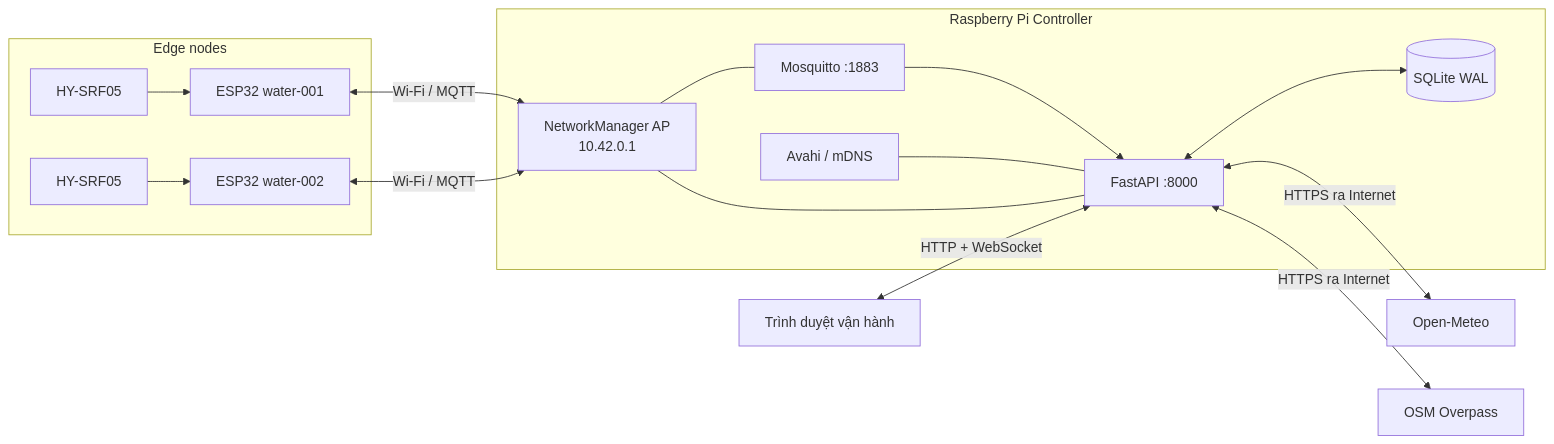
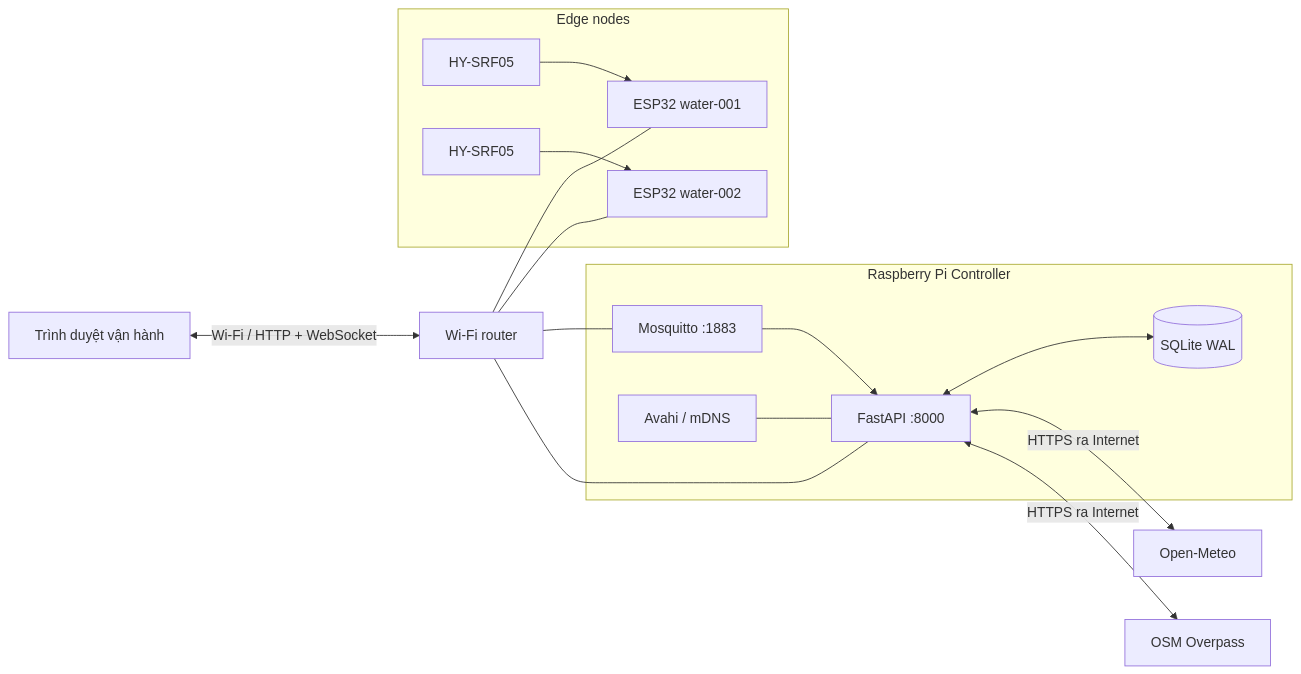
One commit to agu4004/edge_flood_detection changed the first of 4 diagrams in BAO_CAO_KY_THUAT.md. Above: the diagram before and after it, drawn with Mermaid. The commit also changed other lines of this file and 8 other files, not shown here.

````diff
--- a/BAO_CAO_KY_THUAT.md
+++ b/BAO_CAO_KY_THUAT.md
@@ -205,26 +205,25 @@
 ```mermaid
 flowchart LR
     subgraph E[Edge nodes]
         S1[HY-SRF05] --> N1[ESP32 water-001]
         S2[HY-SRF05] --> N2[ESP32 water-002]
     end
 
     subgraph P[Raspberry Pi Controller]
-        AP[NetworkManager AP\n10.42.0.1]
         M[Mosquitto :1883]
         A[FastAPI :8000]
         DB[(SQLite WAL)]
         MDNS[Avahi / mDNS]
         M --> A
         A <--> DB
         MDNS --- A
     end
 
-    N1 <-->|Wi-Fi / MQTT| AP
-    N2 <-->|Wi-Fi / MQTT| AP
-    AP --- M
-    AP --- A
-    U[Trình duyệt vận hành] <-->|HTTP + WebSocket| A
+    R[Wi-Fi router] --- N1
+    R --- N2
+    R --- M
+    R --- A
+    U[Trình duyệt vận hành] <-->|Wi-Fi / HTTP + WebSocket| R
     A <-->|HTTPS ra Internet| OM[Open-Meteo]
     A <-->|HTTPS ra Internet| OS[OSM Overpass]
 ```
````
